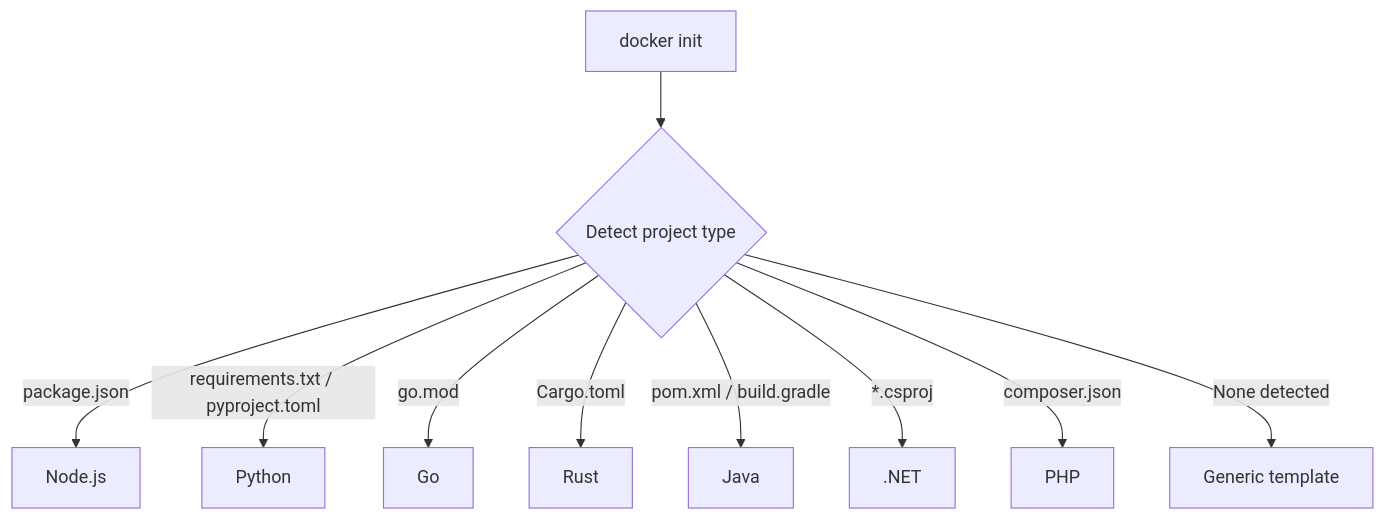
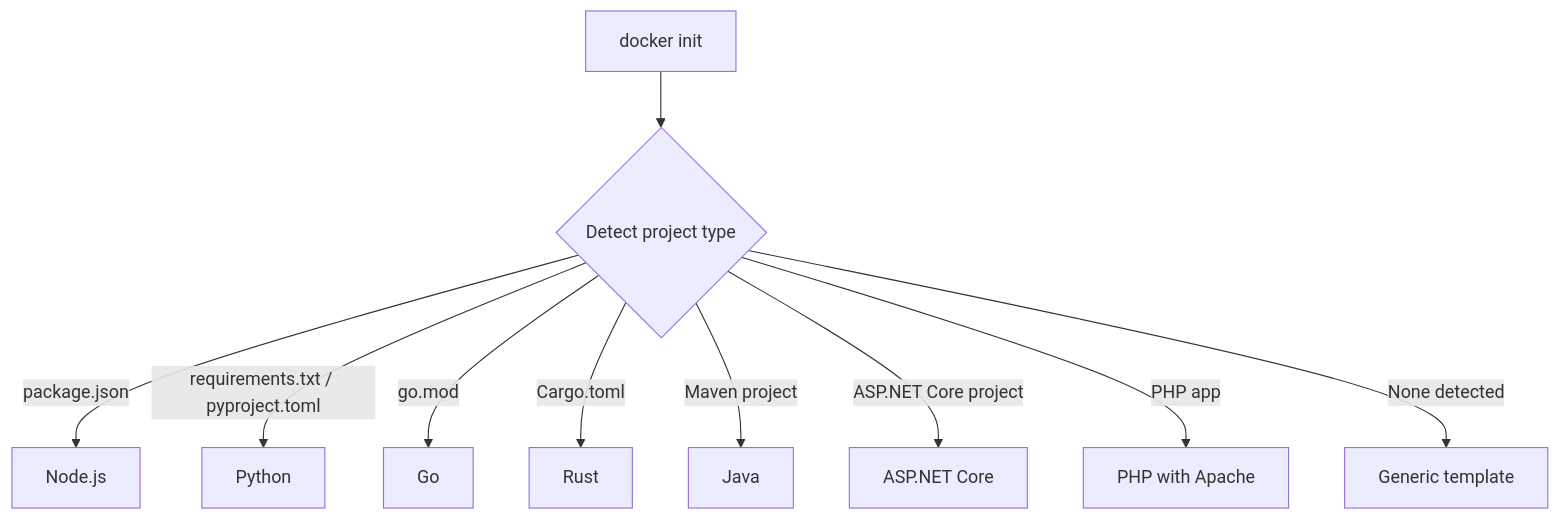
One commit to OneUptime/blog changed the diagram in posts/2026-02-08-how-to-use-docker-init-to-generate-dockerfiles-automatically/README.md. Above: the diagram before and after it, drawn with Mermaid. The commit also changed other lines of this file and 2 other files, not shown here.

````diff
--- a/posts/2026-02-08-how-to-use-docker-init-to-generate-dockerfiles-automatically/README.md
+++ b/posts/2026-02-08-how-to-use-docker-init-to-generate-dockerfiles-automatically/README.md
@@ -164,12 +167,12 @@
 ```mermaid
 graph TD
     A[docker init] --> B{Detect project type}
     B -->|package.json| C[Node.js]
     B -->|requirements.txt / pyproject.toml| D[Python]
     B -->|go.mod| E[Go]
     B -->|Cargo.toml| F[Rust]
-    B -->|pom.xml / build.gradle| G[Java]
-    B -->|*.csproj| H[.NET]
-    B -->|composer.json| I[PHP]
+    B -->|Maven project| G[Java]
+    B -->|ASP.NET Core project| H[ASP.NET Core]
+    B -->|PHP app| I[PHP with Apache]
     B -->|None detected| J[Generic template]
 ```
````
